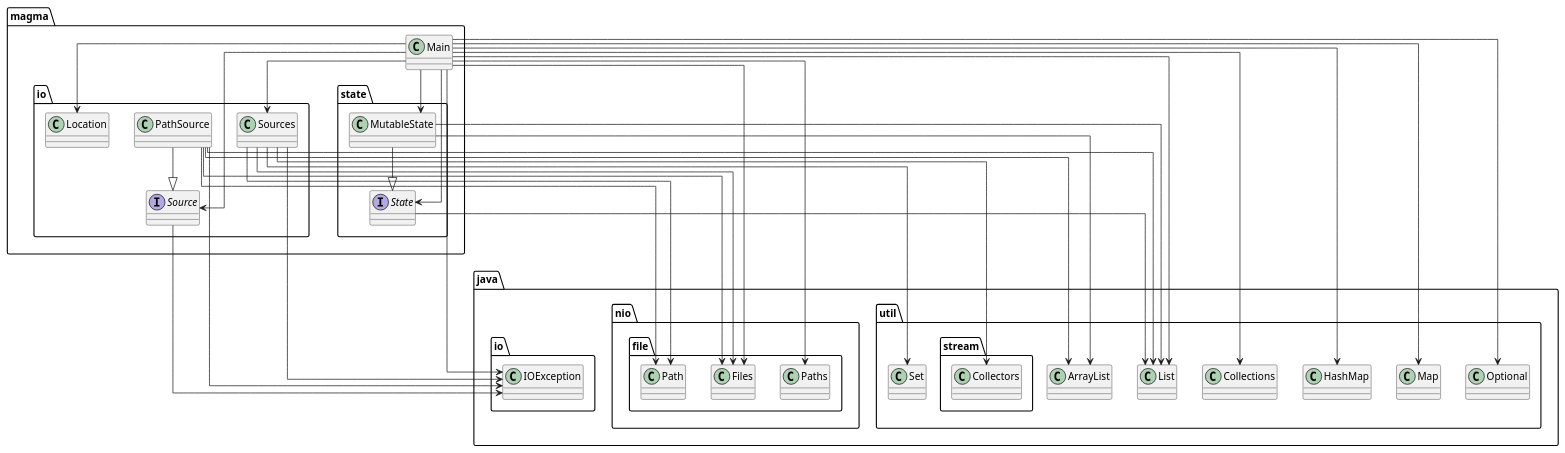
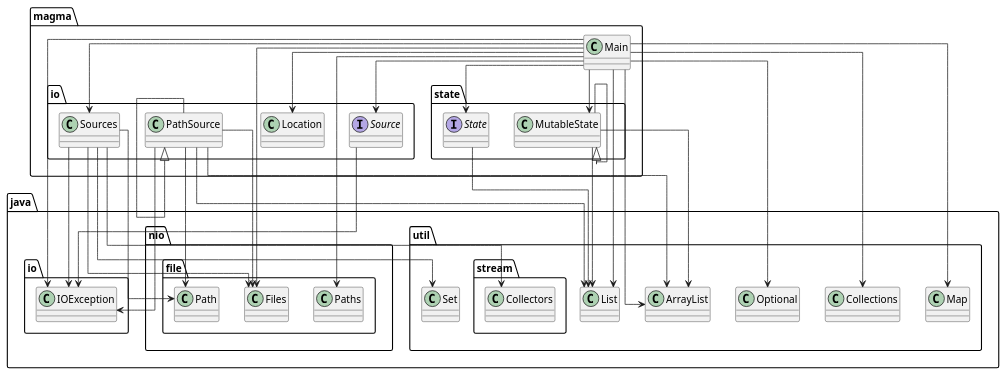
Before and after one commit to SirMathhman/Magma: the diagram in diagram.puml, drawn with PlantUML. The commit also changed 2 other files, not shown here.

```diff
--- a/diagram.puml
+++ b/diagram.puml
@@ -1,39 +1,39 @@
 @startuml
 skinparam linetype ortho
 class magma.io.Location
 magma.Main --> magma.io.Location
 magma.Main --> magma.io.Source
 magma.Main --> magma.io.Sources
 magma.Main --> magma.state.MutableState
 magma.Main --> magma.state.State
 magma.Main --> java.io.IOException
 magma.Main --> java.nio.file.Files
 magma.Main --> java.nio.file.Paths
+magma.Main --> java.util.ArrayList
 magma.Main --> java.util.Collections
-magma.Main --> java.util.HashMap
 magma.Main --> java.util.List
 magma.Main --> java.util.Map
 magma.Main --> java.util.Optional
 class magma.Main
 magma.state.State --> java.util.List
 interface magma.state.State
 magma.io.Source --> java.io.IOException
 interface magma.io.Source
 magma.state.MutableState --> java.util.ArrayList
 magma.state.MutableState --> java.util.List
 class magma.state.MutableState
-magma.state.MutableState --|> magma.state.State
+magma.state.MutableState --|> magma.state.MutableState
 magma.io.PathSource --> java.io.IOException
 magma.io.PathSource --> java.nio.file.Files
 magma.io.PathSource --> java.nio.file.Path
 magma.io.PathSource --> java.util.ArrayList
 magma.io.PathSource --> java.util.List
 class magma.io.PathSource
-magma.io.PathSource --|> magma.io.Source
+magma.io.PathSource --|> magma.io.PathSource
 magma.io.Sources --> java.io.IOException
 magma.io.Sources --> java.nio.file.Files
 magma.io.Sources --> java.nio.file.Path
 magma.io.Sources --> java.util.Set
 magma.io.Sources --> java.util.stream.Collectors
 class magma.io.Sources
 @enduml
```
